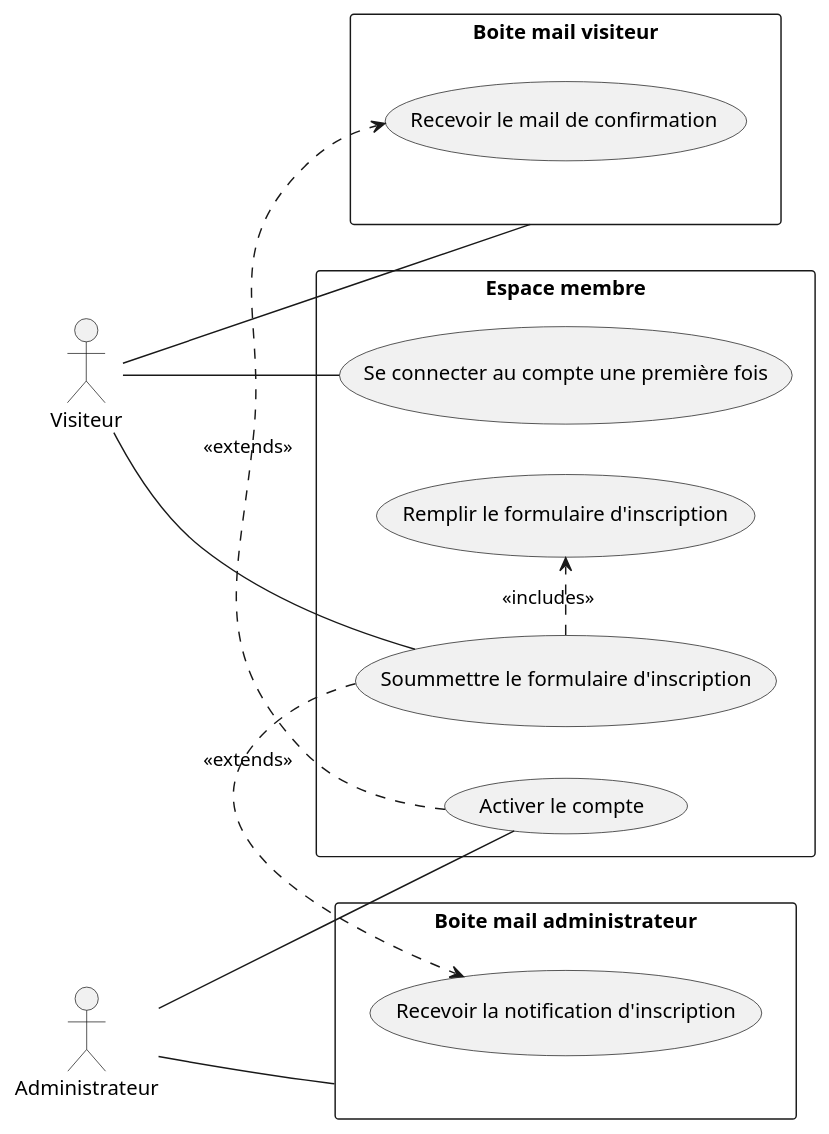
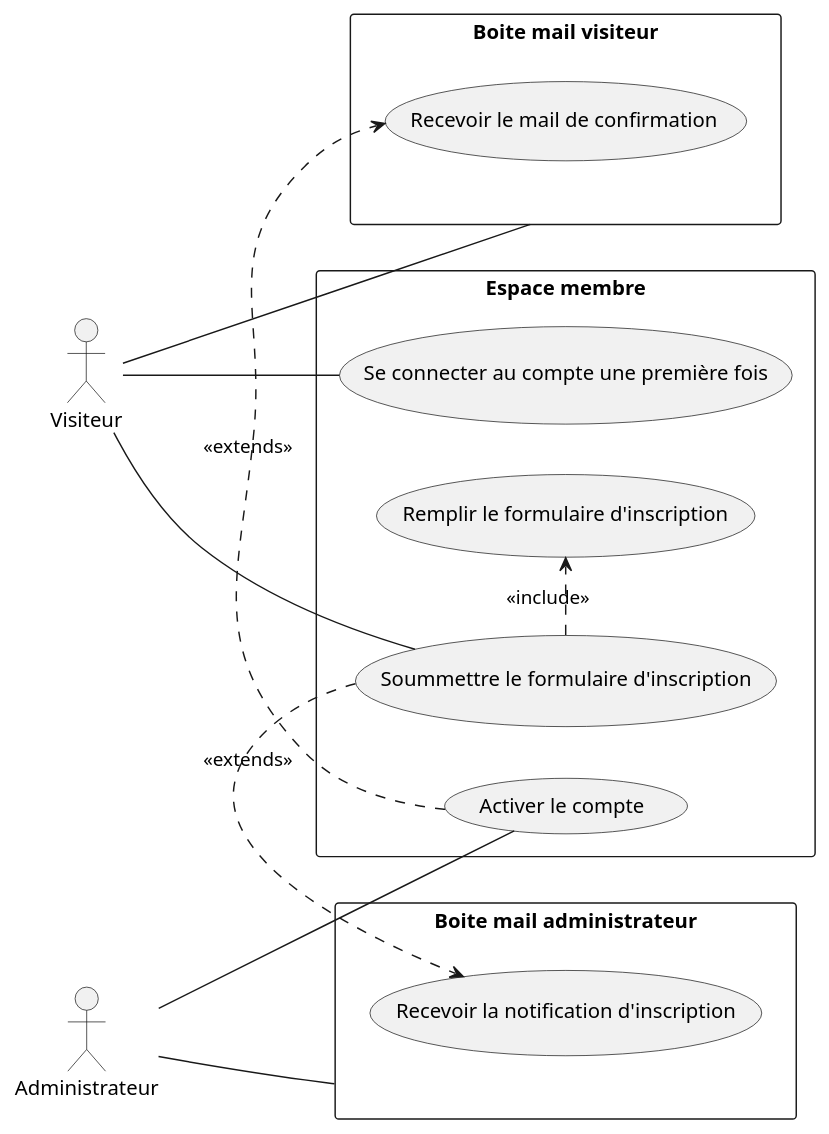
The diagram in docs/diagramme_utilisation_inscription.puml (aurelien-genois/challenge-association-jeux-de-role), drawn with PlantUML before and after one commit. The commit also changed 5 other files, not shown here.

First line of the commit message:
📚 docs(app): Add UML sequence diagram

```diff
--- a/docs/diagramme_utilisation_inscription.puml
+++ b/docs/diagramme_utilisation_inscription.puml
@@ -1,35 +1,35 @@
 @startuml Inscription
 left to right direction
 
 actor Visiteur
 actor Administrateur
 
 rectangle "Espace membre" {
     usecase "Soummettre le formulaire d'inscription" as UC1
     usecase "Remplir le formulaire d'inscription" as UC2
 
     usecase "Activer le compte" as UC3
     
     usecase "Se connecter au compte une première fois" as UC4
 }
 
 rectangle "Boite mail visiteur" {
     usecase "Recevoir le mail de confirmation" as UC5
 }
 
 rectangle "Boite mail administrateur" {
     usecase "Recevoir la notification d'inscription" as UC6
 }
 
 Visiteur -- UC1
 Visiteur -- (Boite mail visiteur)
 Visiteur -- UC4
 
 Administrateur -- (Boite mail administrateur)
 Administrateur -- UC3
 
-UC1 .> UC2 : <<includes>>
+UC1 .> UC2 : <<include>>
 UC1 .> UC6 : <<extends>>
 UC3 .> UC5 : <<extends>>
 
 @enduml
```
